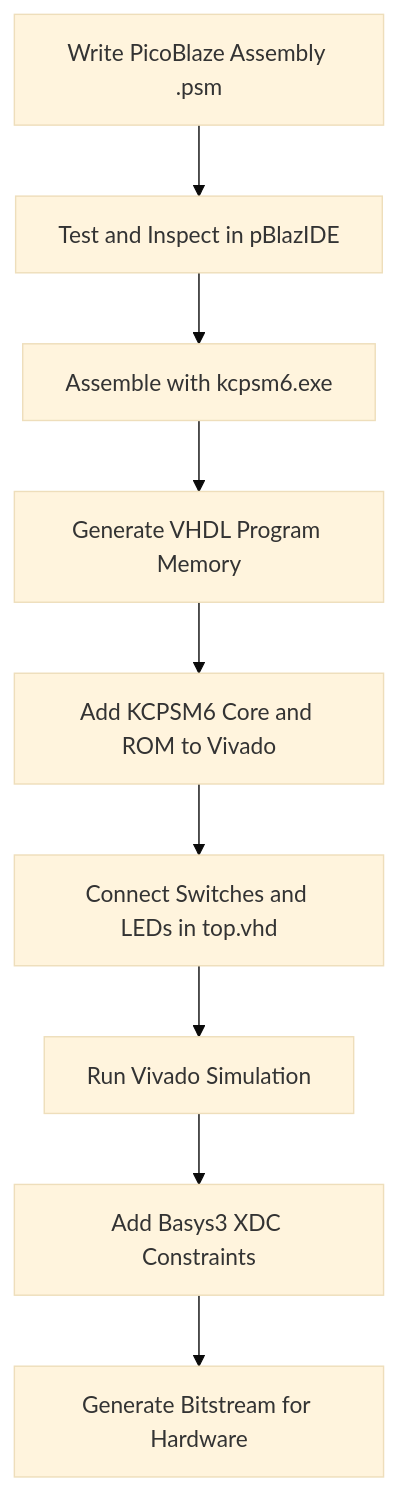
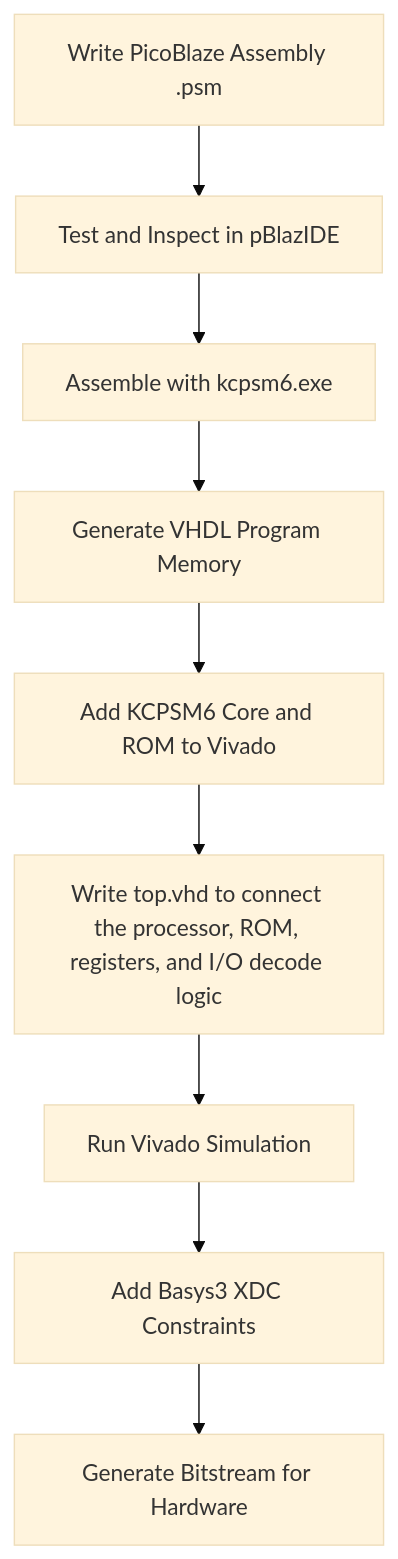
Before and after one commit to RL-Hillman/Basys3-FPGA-Design-Projects: the diagram in PicoBlaze_KCPSM6_Debounce/README.md, drawn with Mermaid (base theme). The commit also changed other lines of this file, not shown here.

````diff
--- a/PicoBlaze_KCPSM6_Debounce/README.md
+++ b/PicoBlaze_KCPSM6_Debounce/README.md
@@ -197,11 +251,11 @@
 ```mermaid
 flowchart TD
     A[Write PicoBlaze Assembly .psm] --> B[Test and Inspect in pBlazIDE]
     B --> C[Assemble with kcpsm6.exe]
     C --> D[Generate VHDL Program Memory]
     D --> E[Add KCPSM6 Core and ROM to Vivado]
-    E --> F[Connect Switches and LEDs in top.vhd]
+    E --> F[Write top.vhd to connect the processor, ROM, registers, and I/O decode logic]
     F --> G[Run Vivado Simulation]
     G --> H[Add Basys3 XDC Constraints]
     H --> I[Generate Bitstream for Hardware]
 ```
````
